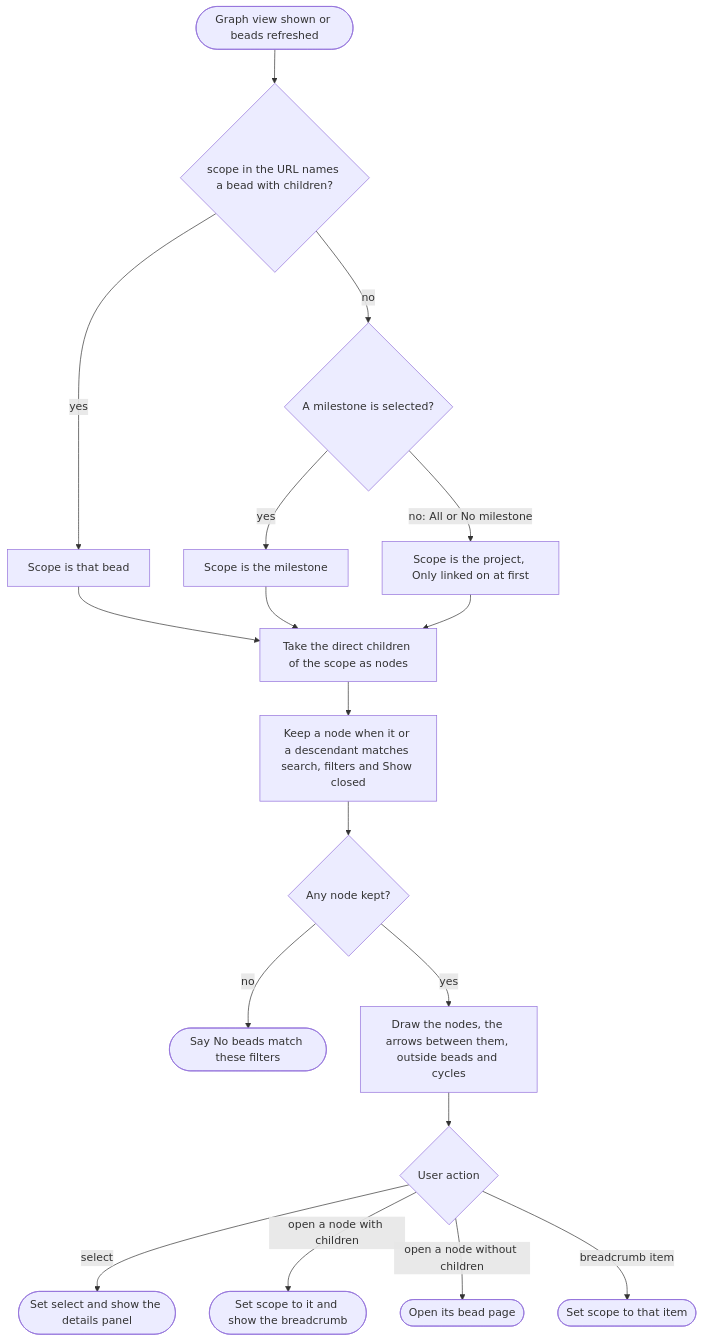
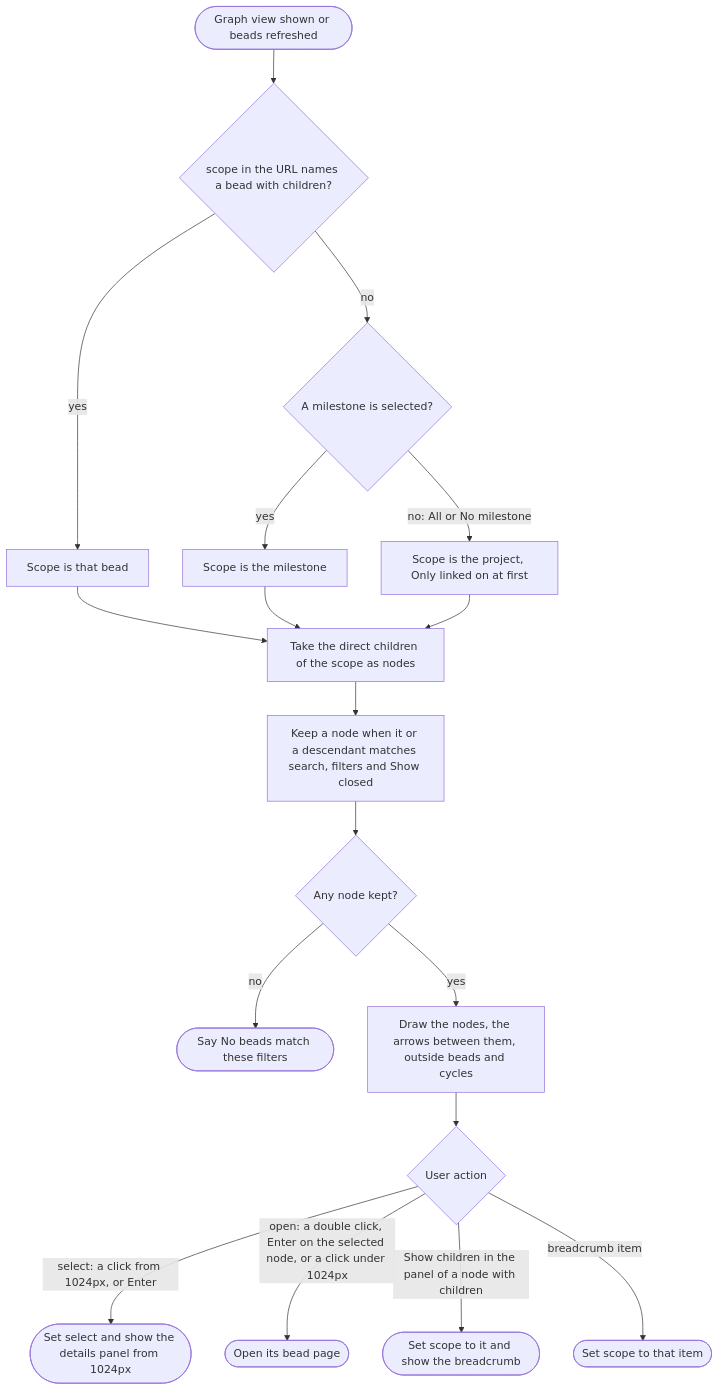
The diagram in docs/specs/ui/diagrams/graph-view-activity.md (giangdhwhtbr/gin-console), drawn with Mermaid before and after one commit. The commit also changed other lines of this file and 16 other files, not shown here.

````diff
--- a/docs/specs/ui/diagrams/graph-view-activity.md
+++ b/docs/specs/ui/diagrams/graph-view-activity.md
@@ -5,20 +5,20 @@
 ```mermaid
 flowchart TD
   start([Graph view shown or beads refreshed]) --> scope{scope in the URL names a bead with children?}
   scope -- yes --> s1[Scope is that bead]
   scope -- no --> ms{A milestone is selected?}
   ms -- yes --> s2[Scope is the milestone]
   ms -- "no: All or No milestone" --> s3[Scope is the project, Only linked on at first]
   s1 --> nodes
   s2 --> nodes
   s3 --> nodes[Take the direct children of the scope as nodes]
   nodes --> filter[Keep a node when it or a descendant matches search, filters and Show closed]
   filter --> any{Any node kept?}
   any -- no --> empty([Say No beads match these filters])
   any -- yes --> draw[Draw the nodes, the arrows between them, outside beads and cycles]
   draw --> act{User action}
-  act -- select --> panel([Set select and show the details panel])
-  act -- open a node with children --> drill([Set scope to it and show the breadcrumb])
-  act -- open a node without children --> page([Open its bead page])
+  act -- "select: a click from 1024px, or Enter" --> panel([Set select and show the details panel from 1024px])
+  act -- "open: a double click, Enter on the selected node, or a click under 1024px" --> page([Open its bead page])
+  act -- "Show children in the panel of a node with children" --> drill([Set scope to it and show the breadcrumb])
   act -- breadcrumb item --> up([Set scope to that item])
 ```
````
